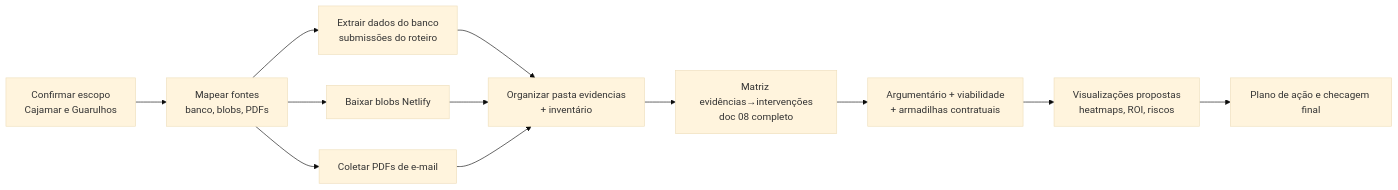
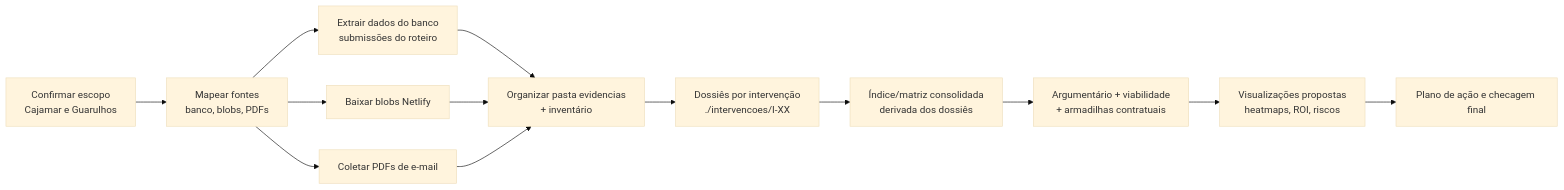
The second of 2 diagrams in plan-investigacao.md (dravisss/sodexo-qualitative-report), drawn with Mermaid (base theme) before and after one commit. The commit also changed other lines of this file and 269 other files, not shown here.

````diff
--- a/plan-investigacao.md
+++ b/plan-investigacao.md
@@ -91,16 +129,17 @@
 ```mermaid
 flowchart LR
   A[Confirmar escopo\nCajamar e Guarulhos] --> B[Mapear fontes\nbanco, blobs, PDFs]
   B --> C[Extrair dados do banco\nsubmissões do roteiro]
   B --> D[Baixar blobs Netlify]
   B --> E[Coletar PDFs de e-mail]
 
   C --> F[Organizar pasta evidencias\n+ inventário]
   D --> F
   E --> F
 
-  F --> G[Matriz evidências→intervenções\ndoc 08 completo]
-  G --> H[Argumentário + viabilidade\n+ armadilhas contratuais]
-  H --> I[Visualizações propostas\nheatmaps, ROI, riscos]
-  I --> J[Plano de ação e checagem final]
+  F --> G[Dossiês por intervenção\n./intervencoes/I-XX]
+  G --> H[Índice/matriz consolidada\nderivada dos dossiês]
+  H --> I[Argumentário + viabilidade\n+ armadilhas contratuais]
+  I --> J[Visualizações propostas\nheatmaps, ROI, riscos]
+  J --> K[Plano de ação e checagem final]
 ```
````
